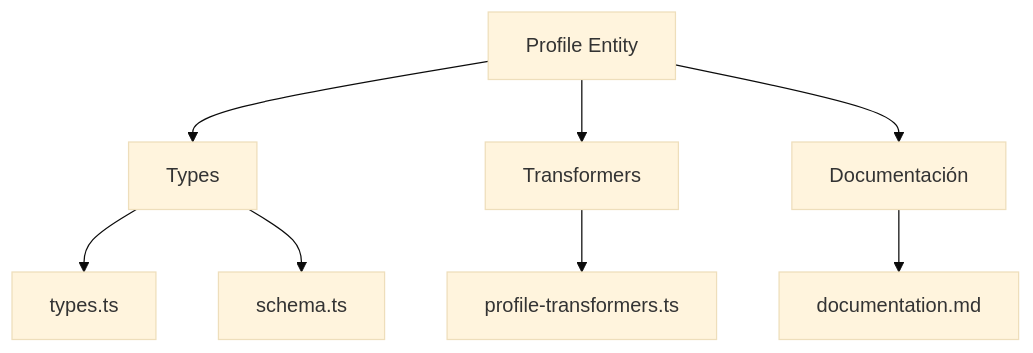
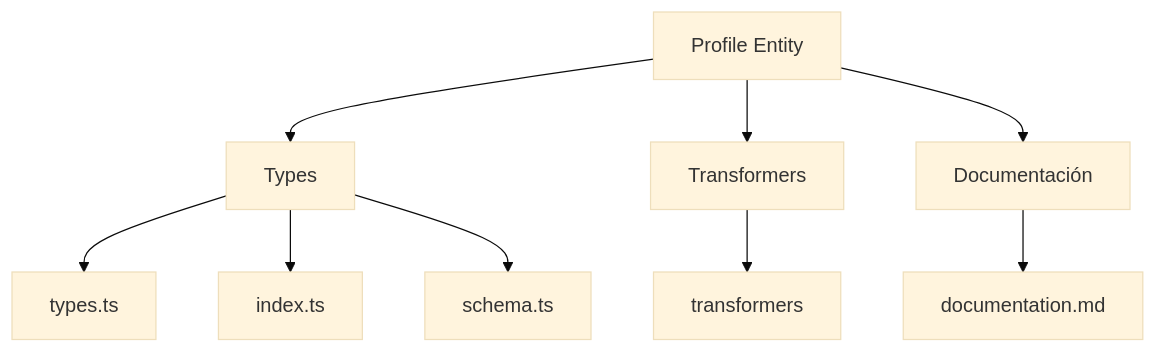
One commit to gvastethecreator/media-manager changed the first of 2 diagrams in src/types/entities/profile/documentation.md. Above: the diagram before and after it, drawn with Mermaid (base theme). The commit also changed other lines of this file and 207 other files, not shown here.

````diff
--- a/src/types/entities/profile/documentation.md
+++ b/src/types/entities/profile/documentation.md
@@ -11,10 +9,11 @@
 ```mermaid
 graph TD
     A[Profile Entity] --> B[Types]
     A --> C[Transformers]
     A --> D[Documentación]
     B --> B1[types.ts]
-    B --> B2[schema.ts]
-    C --> C1[profile-transformers.ts]
+    B --> B2[index.ts]
+    B --> B3[schema.ts]
+    C --> C1[transformers]
     D --> D1[documentation.md]
 ```
````
